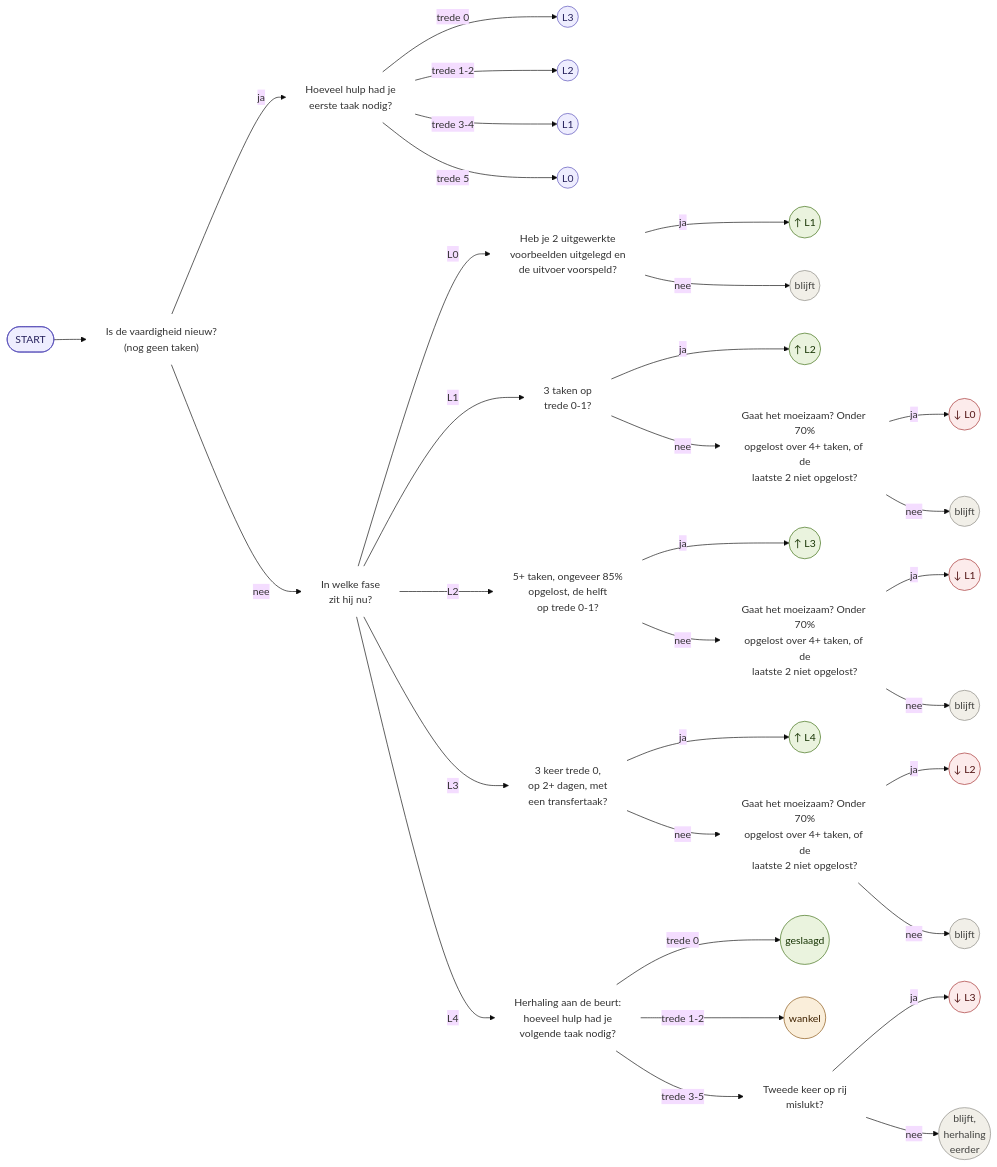
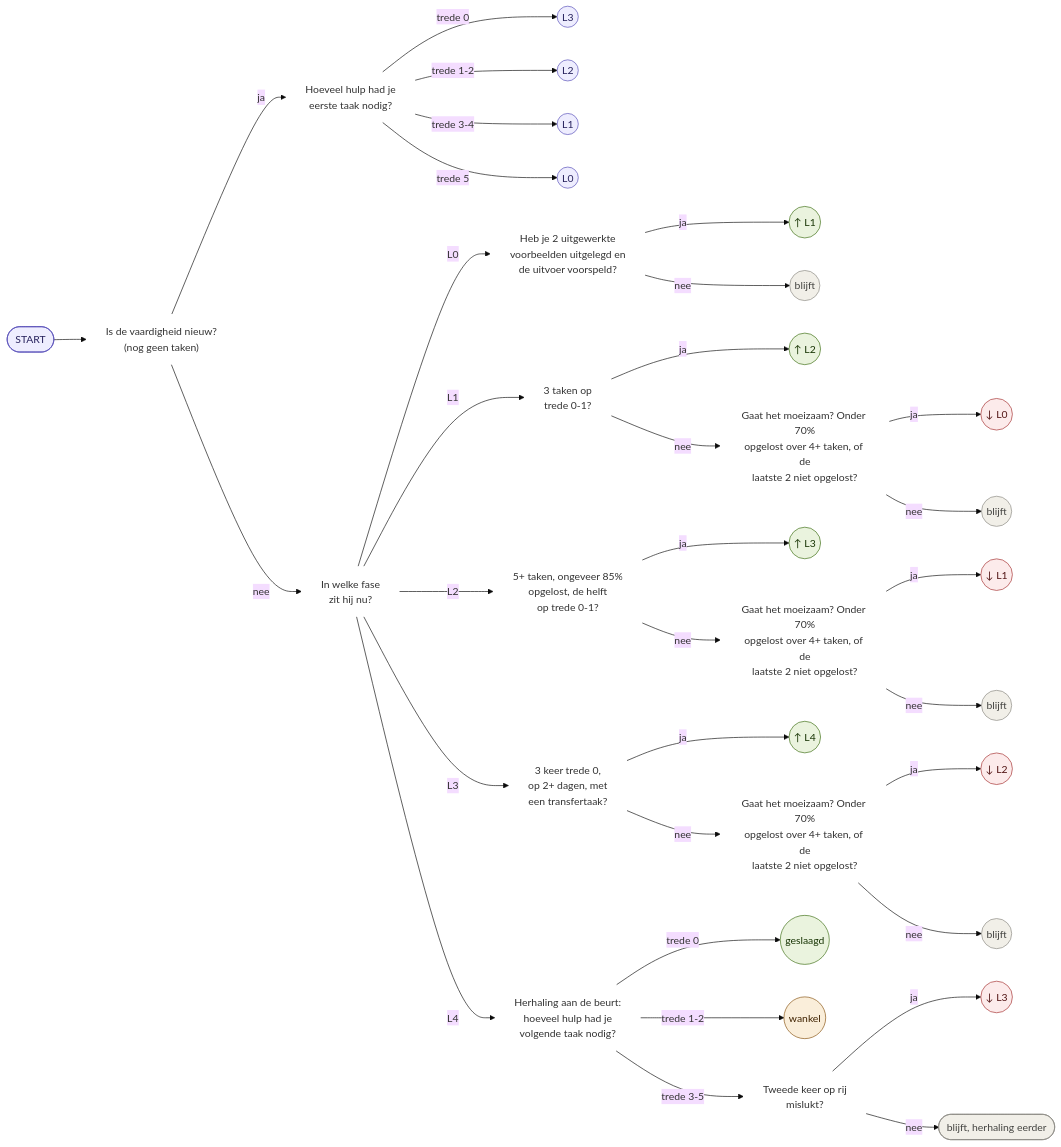
Before and after one commit to piethanegraaf/piethanegraaf.github.io: the second of 3 diagrams in docs/nl/how-it-works.md, drawn with Mermaid (base theme). The commit also changed other lines of this file and 1 other file, not shown here.

````diff
--- a/docs/nl/how-it-works.md
+++ b/docs/nl/how-it-works.md
@@ -94,46 +94,46 @@
 ```mermaid
 flowchart LR
   START(["START"]) --> Q0["Is de vaardigheid nieuw?<br/>(nog geen taken)"]
   Q0 -->|" ja "| QP["Hoeveel hulp had je<br/>eerste taak nodig?"]
   QP -->|" trede 0 "| P3((" L3 "))
   QP -->|" trede 1-2 "| P2((" L2 "))
   QP -->|" trede 3-4 "| P1((" L1 "))
   QP -->|" trede 5 "| P0((" L0 "))
   Q0 -->|" nee "| QF["In welke fase<br/>zit hij nu?"]
   QF -->|" L0 "| A0["Heb je 2 uitgewerkte<br/>voorbeelden uitgelegd en<br/>de uitvoer voorspeld?"]
   A0 -->|" ja "| U1((" ↑ L1 "))
   A0 -->|" nee "| S0((" blijft "))
   QF -->|" L1 "| A1["3 taken op<br/>trede 0-1?"]
   A1 -->|" ja "| U2((" ↑ L2 "))
   A1 -->|" nee "| D1["Gaat het moeizaam? Onder 70%<br/>opgelost over 4+ taken, of de<br/>laatste 2 niet opgelost?"]
   D1 -->|" ja "| DN0((" ↓ L0 "))
   D1 -->|" nee "| S1((" blijft "))
   QF -->|" L2 "| A2["5+ taken, ongeveer 85%<br/>opgelost, de helft<br/>op trede 0-1?"]
   A2 -->|" ja "| U3((" ↑ L3 "))
   A2 -->|" nee "| D2["Gaat het moeizaam? Onder 70%<br/>opgelost over 4+ taken, of de<br/>laatste 2 niet opgelost?"]
   D2 -->|" ja "| DN1((" ↓ L1 "))
   D2 -->|" nee "| S2((" blijft "))
   QF -->|" L3 "| A3["3 keer trede 0,<br/>op 2+ dagen, met<br/>een transfertaak?"]
   A3 -->|" ja "| U4((" ↑ L4 "))
   A3 -->|" nee "| D3["Gaat het moeizaam? Onder 70%<br/>opgelost over 4+ taken, of de<br/>laatste 2 niet opgelost?"]
   D3 -->|" ja "| DN2((" ↓ L2 "))
   D3 -->|" nee "| S3((" blijft "))
   QF -->|" L4 "| A4["Herhaling aan de beurt:<br/>hoeveel hulp had je<br/>volgende taak nodig?"]
   A4 -->|" trede 0 "| PASS((" geslaagd "))
   A4 -->|" trede 1-2 "| SHAKY((" wankel "))
   A4 -->|" trede 3-5 "| F["Tweede keer op rij<br/>mislukt?"]
   F -->|" ja "| DN3((" ↓ L3 "))
-  F -->|" nee "| S4((" blijft,<br/>herhaling<br/>eerder "))
+  F -->|" nee "| S4([" blijft, herhaling eerder "])
   classDef q fill:transparent,stroke:transparent
   classDef place fill:#EEEDFE,stroke:#534AB7,color:#26215C
   classDef up fill:#EAF3DE,stroke:#3B6D11,color:#173404
   classDef down fill:#FCEBEB,stroke:#A32D2D,color:#501313
   classDef stay fill:#F1EFE8,stroke:#888780,color:#444441
   classDef shaky fill:#FAEEDA,stroke:#854F0B,color:#412402
   class Q0,QP,QF,A0,A1,A2,A3,A4,D1,D2,D3,F q
   class START,P0,P1,P2,P3 place
   class U1,U2,U3,U4,PASS up
   class DN0,DN1,DN2,DN3 down
   class S0,S1,S2,S3,S4 stay
   class SHAKY shaky
 ```
````
